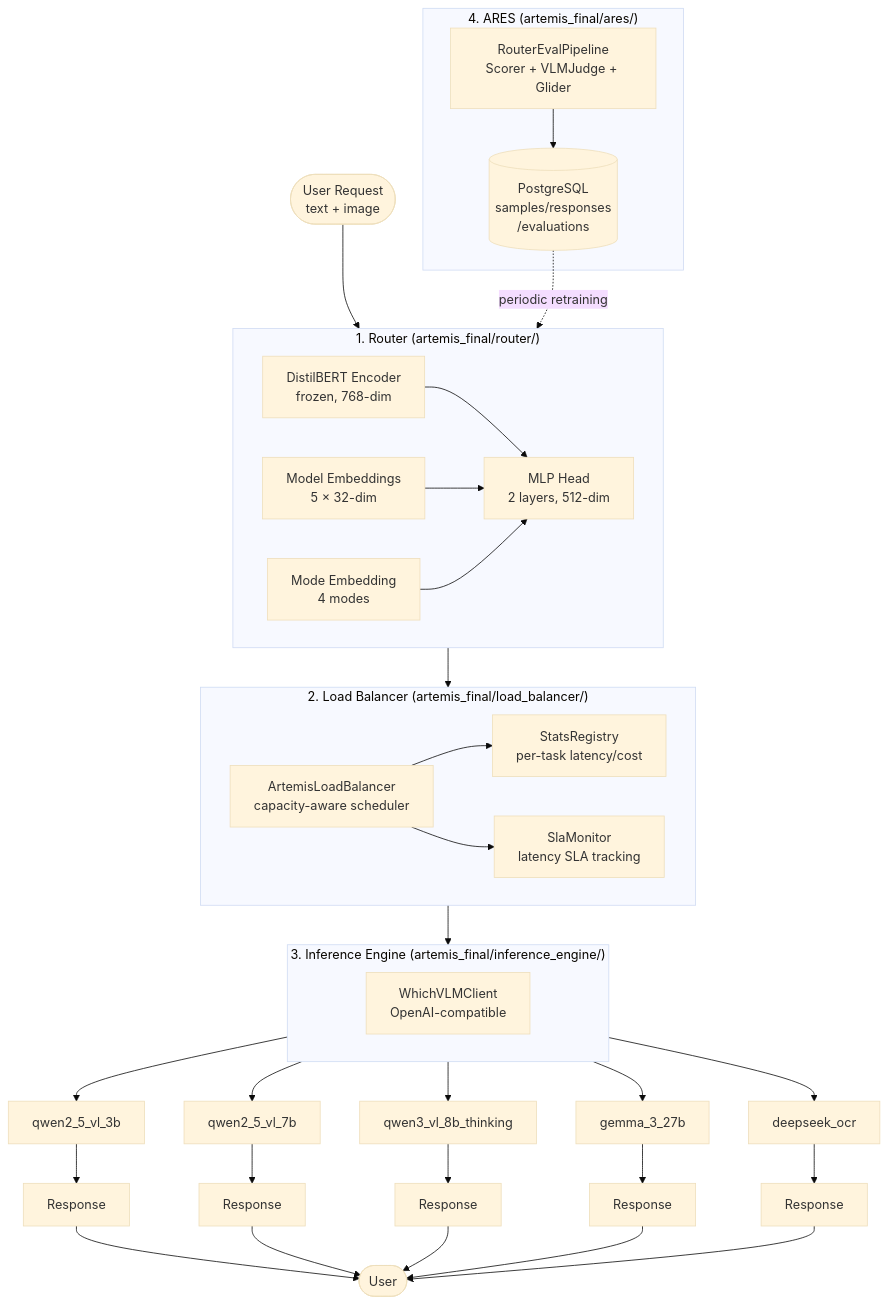
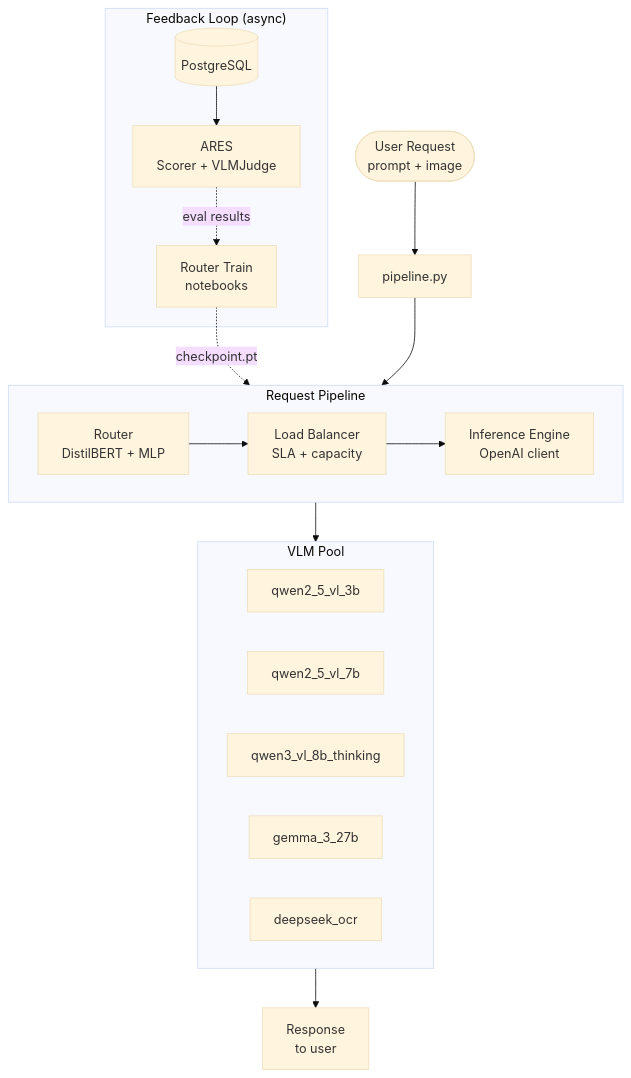
One commit to Vedaang-Chopra/Which_VLM_Router changed the first of 3 diagrams in docs/human/ARCHITECTURE.md. Above: the diagram before and after it, drawn with Mermaid (base theme). The commit also changed other lines of this file and 3 other files, not shown here.

First line of the commit message:
pi: Phase 2C — human overview + architecture docs, project map updated

````diff
--- a/docs/human/ARCHITECTURE.md
+++ b/docs/human/ARCHITECTURE.md
@@ -5,56 +11,33 @@
 ```mermaid
 graph TD
-    User([User Request<br/>text + image]) --> Router
+    User([User Request<br/>prompt + image]) --> API
 
-    subgraph Router ["1. Router (artemis_final/router/)"]
-        Enc[DistilBERT Encoder<br/>frozen, 768-dim]
-        ME[Model Embeddings<br/>5 × 32-dim]
-        MLE[Mode Embedding<br/>4 modes]
-        MLP[MLP Head<br/>2 layers, 512-dim]
-        Enc --> MLP
-        ME --> MLP
-        MLE --> MLP
+    subgraph pipeline["Request Pipeline"]
+        direction LR
+        R[Router<br/>DistilBERT + MLP] --> LB[Load Balancer<br/>SLA + capacity]
+        LB --> IE[Inference Engine<br/>OpenAI client]
     end
 
-    Router --> LB
+    API[pipeline.py] --> pipeline
+    pipeline --> VLMs
 
-    subgraph LB ["2. Load Balancer (artemis_final/load_balancer/)"]
-        Sched[ArtemisLoadBalancer<br/>capacity-aware scheduler]
-        Stats[StatsRegistry<br/>per-task latency/cost]
-        SLA[SlaMonitor<br/>latency SLA tracking]
-        Sched --> Stats
-        Sched --> SLA
+    subgraph VLMs["VLM Pool"]
+        V1[qwen2_5_vl_3b]
+        V2[qwen2_5_vl_7b]
+        V3[qwen3_vl_8b_thinking]
+        V4[gemma_3_27b]
+        V5[deepseek_ocr]
     end
 
-    LB --> IE
+    VLMs --> Response[Response<br/>to user]
 
-    subgraph IE ["3. Inference Engine (artemis_final/inference_engine/)"]
-        Client[WhichVLMClient<br/>OpenAI-compatible]
+    subgraph feedback["Feedback Loop (async)"]
+        DB[(PostgreSQL)]
+        Eval[ARES<br/>Scorer + VLMJudge]
+        RT[Router Train<br/>notebooks]
     end
 
-    IE --> VLM1[qwen2_5_vl_3b]
-    IE --> VLM2[qwen2_5_vl_7b]
-    IE --> VLM3[qwen3_vl_8b_thinking]
-    IE --> VLM4[gemma_3_27b]
-    IE --> VLM5[deepseek_ocr]
-
-    VLM1 --> R1[Response]
-    VLM2 --> R2[Response]
-    VLM3 --> R3[Response]
-    VLM4 --> R4[Response]
-    VLM5 --> R5[Response]
-
-    R1 --> Out([User])
-    R2 --> Out
-    R3 --> Out
-    R4 --> Out
-    R5 --> Out
-
-    subgraph ARES ["4. ARES (artemis_final/ares/)"]
-        Eval[RouterEvalPipeline<br/>Scorer + VLMJudge + Glider]
-        DB[(PostgreSQL<br/>samples/responses<br/>/evaluations)]
-        Eval --> DB
-    end
-
-    DB -. "periodic retraining" .-> Router
+    DB --> Eval
+    Eval -. "eval results" .-> RT
+    RT -. "checkpoint.pt" .-> R
 ```
````
